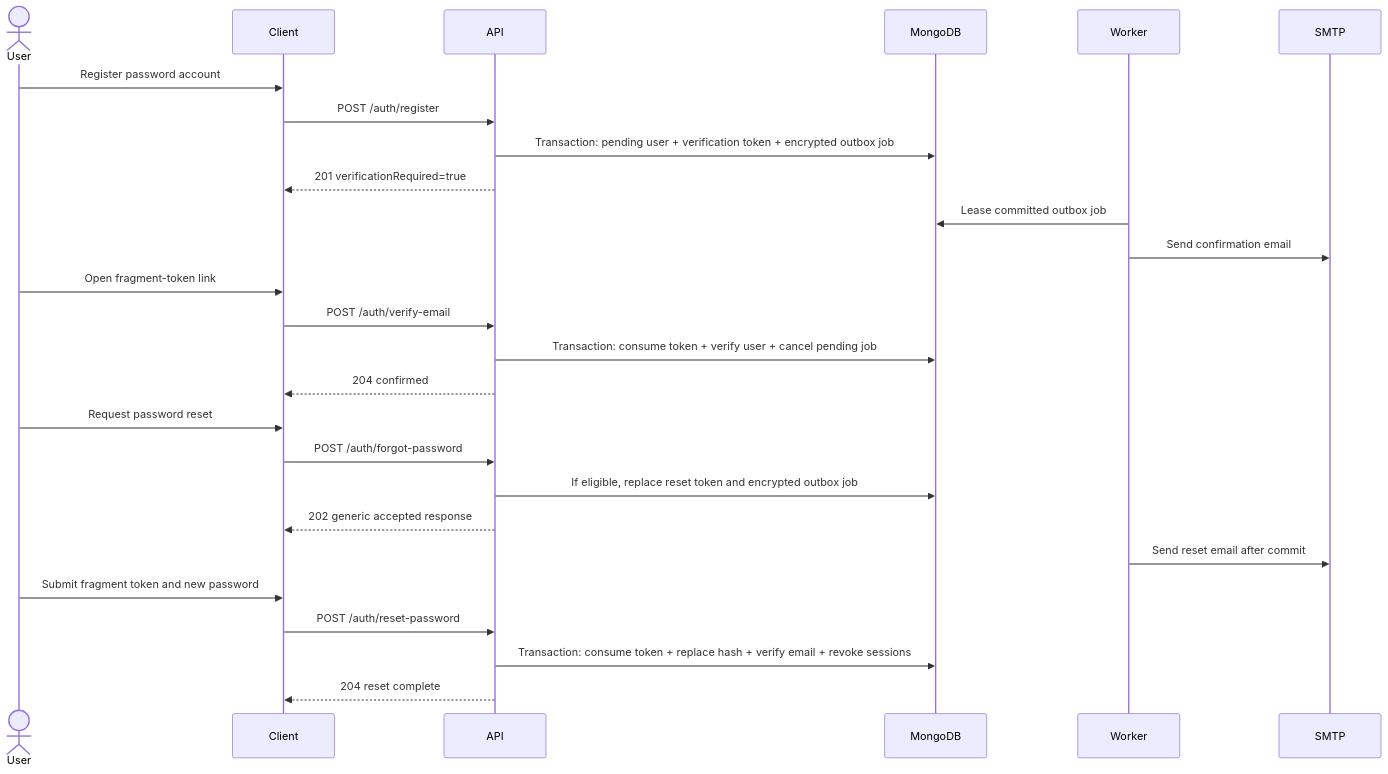
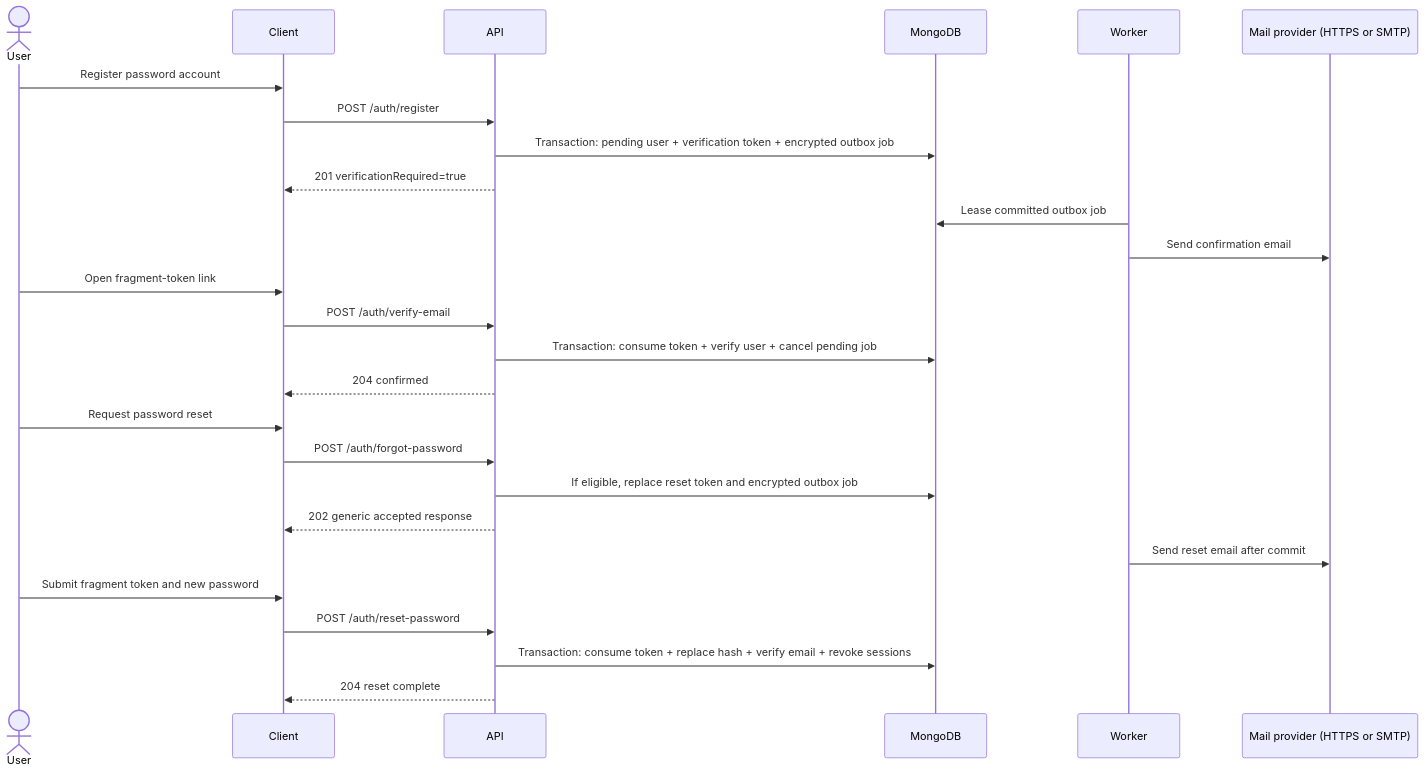
The diagram in .agents/features/auth/Sequence - Email Actions.md (RamyMohamed47/intouch-chatapp), drawn with Mermaid before and after one commit. The commit also changed 11 other files, not shown here.

Commit message:
feat(mail): add Brevo HTTPS delivery with SMTP fallback

````diff
--- a/.agents/features/auth/Sequence - Email Actions.md
+++ b/.agents/features/auth/Sequence - Email Actions.md
@@ -1,30 +1,30 @@
 ```mermaid
 sequenceDiagram
     actor User
     participant Client
     participant API
     participant MongoDB
     participant Worker
-    participant SMTP
+    participant MailProvider as Mail provider (HTTPS or SMTP)
 
     User->>Client: Register password account
     Client->>API: POST /auth/register
     API->>MongoDB: Transaction: pending user + verification token + encrypted outbox job
     API-->>Client: 201 verificationRequired=true
     Worker->>MongoDB: Lease committed outbox job
-    Worker->>SMTP: Send confirmation email
+    Worker->>MailProvider: Send confirmation email
     User->>Client: Open fragment-token link
     Client->>API: POST /auth/verify-email
     API->>MongoDB: Transaction: consume token + verify user + cancel pending job
     API-->>Client: 204 confirmed
 
     User->>Client: Request password reset
     Client->>API: POST /auth/forgot-password
     API->>MongoDB: If eligible, replace reset token and encrypted outbox job
     API-->>Client: 202 generic accepted response
-    Worker->>SMTP: Send reset email after commit
+    Worker->>MailProvider: Send reset email after commit
     User->>Client: Submit fragment token and new password
     Client->>API: POST /auth/reset-password
     API->>MongoDB: Transaction: consume token + replace hash + verify email + revoke sessions
     API-->>Client: 204 reset complete
 ```
````
